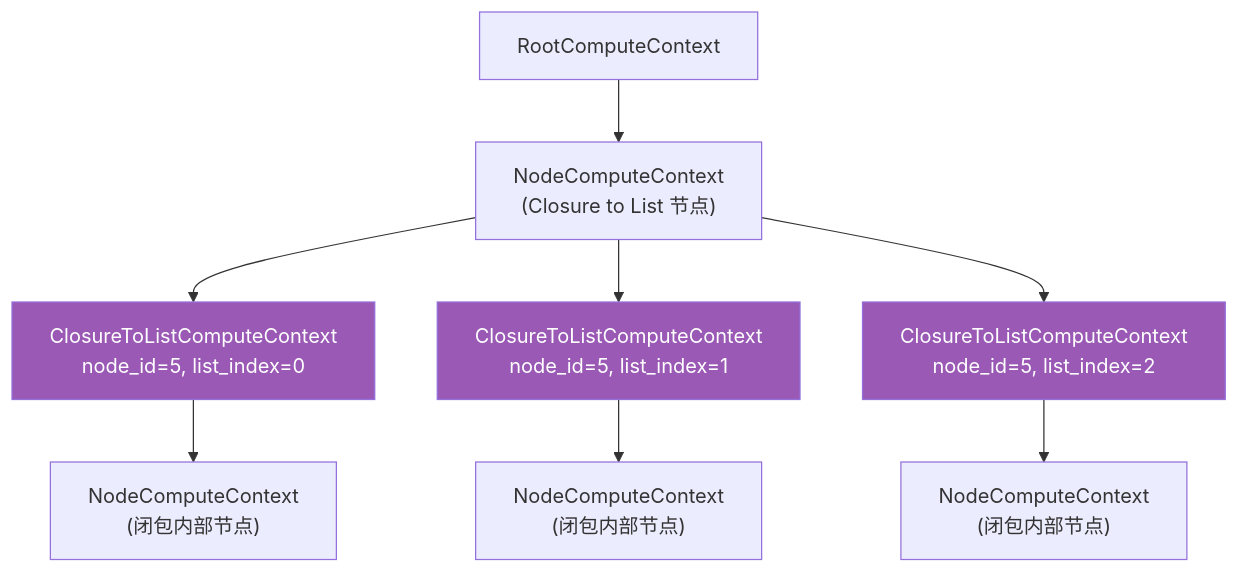
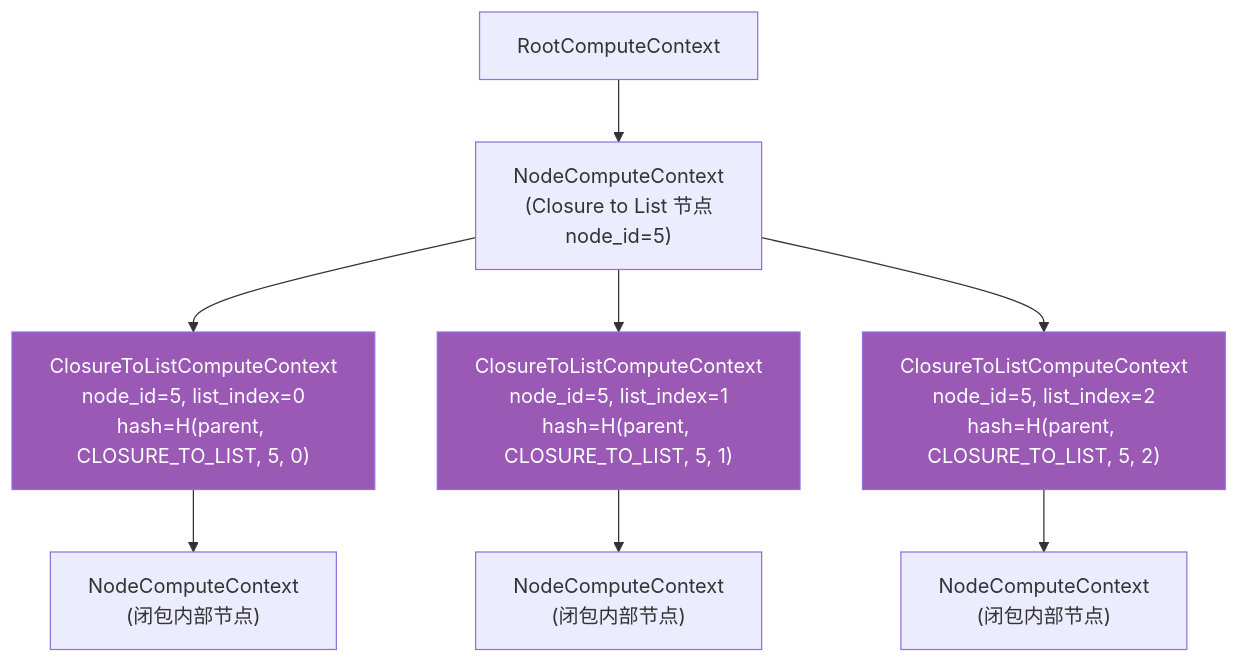
Diagram 17 of 34 in 杂/markdown/几何节点-列表/09-ClosureToList节点.md (yunkezengren/blender-.vscode), drawn with Mermaid before and after one commit. The commit also changed other lines of this file and 13 other files, not shown here.

````diff
--- a/杂/markdown/几何节点-列表/09-ClosureToList节点.md
+++ b/杂/markdown/几何节点-列表/09-ClosureToList节点.md
@@ -283,23 +1064,23 @@
 ```mermaid
 graph TD
     Root["RootComputeContext"]
-    N1["NodeComputeContext<br/>(Closure to List 节点)"]
-    C0["ClosureToListComputeContext<br/>node_id=5, list_index=0"]
-    C1["ClosureToListComputeContext<br/>node_id=5, list_index=1"]
-    C2["ClosureToListComputeContext<br/>node_id=5, list_index=2"]
+    N1["NodeComputeContext<br/>(Closure to List 节点<br/>node_id=5)"]
+    C0["ClosureToListComputeContext<br/>node_id=5, list_index=0<br/>hash=H(parent, CLOSURE_TO_LIST, 5, 0)"]
+    C1["ClosureToListComputeContext<br/>node_id=5, list_index=1<br/>hash=H(parent, CLOSURE_TO_LIST, 5, 1)"]
+    C2["ClosureToListComputeContext<br/>node_id=5, list_index=2<br/>hash=H(parent, CLOSURE_TO_LIST, 5, 2)"]
     Inner0["NodeComputeContext<br/>(闭包内部节点)"]
     Inner1["NodeComputeContext<br/>(闭包内部节点)"]
     Inner2["NodeComputeContext<br/>(闭包内部节点)"]
 
     Root --> N1
     N1 --> C0
     N1 --> C1
     N1 --> C2
     C0 --> Inner0
     C1 --> Inner1
     C2 --> Inner2
 
     style C0 fill:#9b59b6,color:#fff
     style C1 fill:#9b59b6,color:#fff
     style C2 fill:#9b59b6,color:#fff
 ```
````
